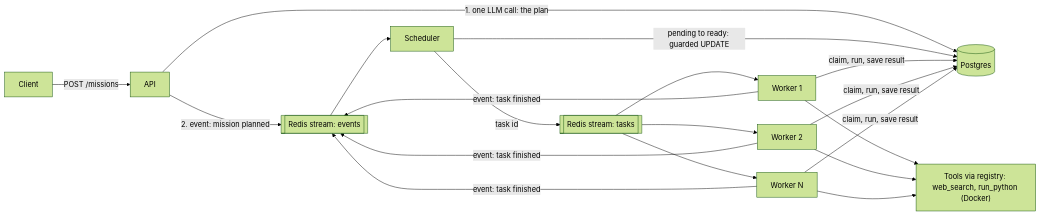
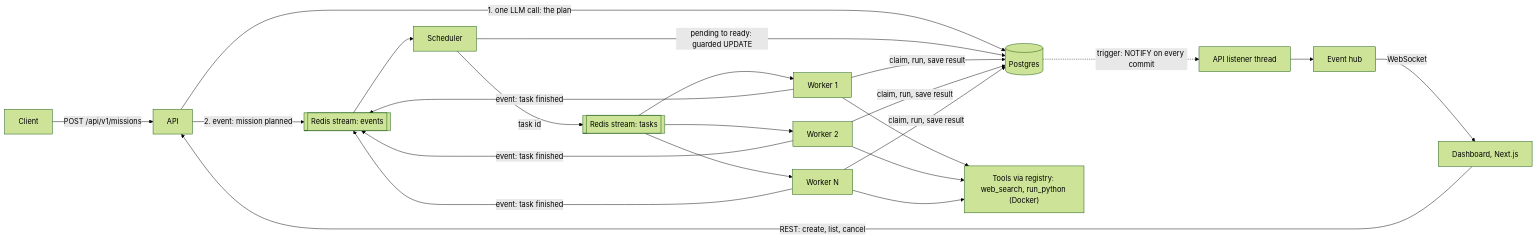
Before and after one commit to theparvmahajan/agentos: the diagram in README.md, drawn with Mermaid (forest theme). The commit also changed other lines of this file, not shown here.

````diff
--- a/README.md
+++ b/README.md
@@ -15,15 +17,19 @@
 ```mermaid
 flowchart LR
-    Client -->|POST /missions| API
+    Client -->|POST /api/v1/missions| API
     API -->|1. one LLM call: the plan| PG[(Postgres)]
     API -->|2. event: mission planned| EV[[Redis stream: events]]
     EV --> S[Scheduler]
     S -->|pending to ready: guarded UPDATE| PG
     S -->|task id| TK[[Redis stream: tasks]]
     TK --> W1[Worker 1]
     TK --> W2[Worker 2]
     TK --> WN[Worker N]
     W1 & W2 & WN -->|claim, run, save result| PG
     W1 & W2 & WN -->|event: task finished| EV
     W1 & W2 & WN --> T["Tools via registry: web_search, run_python (Docker)"]
+    PG -.->|trigger: NOTIFY on every commit| L[API listener thread]
+    L --> H[Event hub]
+    H -->|WebSocket| UI[Dashboard, Next.js]
+    UI -->|REST: create, list, cancel| API
 ```
````
